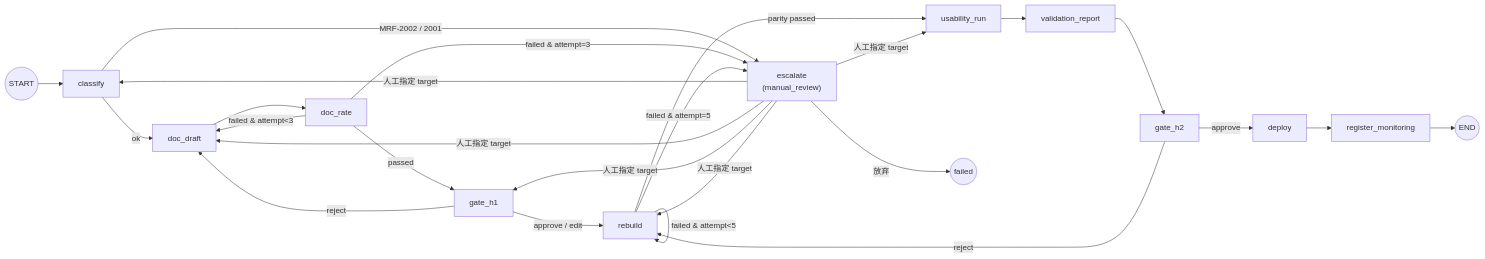
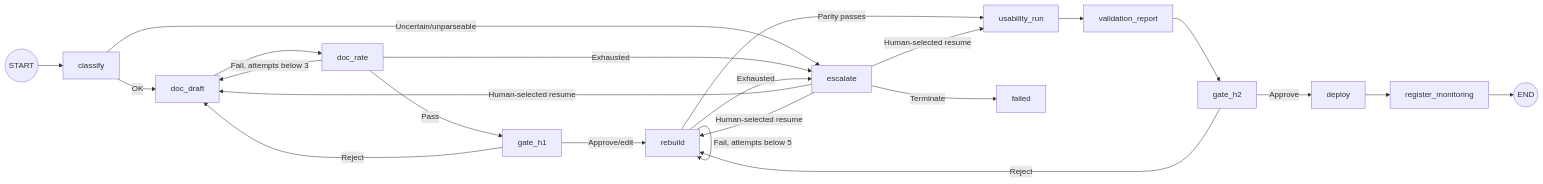
One commit to LuisWang709/EXL_JLWZ changed the second of 3 diagrams in docs/design/A1_orchestrator_api_design.md. Above: the diagram before and after it, drawn with Mermaid. The commit also changed other lines of this file and 31 other files, not shown here.

````diff
--- a/docs/design/A1_orchestrator_api_design.md
+++ b/docs/design/A1_orchestrator_api_design.md
@@ -78,20 +68,20 @@
 ```mermaid
 flowchart LR
     S((START)) --> classify
-    classify -->|ok| doc_draft
-    classify -->|MRF-2002 / 2001| escalate
+    classify -->|OK| doc_draft
+    classify -->|Uncertain/unparseable| escalate
     doc_draft --> doc_rate
-    doc_rate -->|passed| gate_h1
-    doc_rate -->|failed & attempt<3| doc_draft
-    doc_rate -->|failed & attempt=3| escalate
-    gate_h1 -->|approve / edit| rebuild
-    gate_h1 -->|reject| doc_draft
-    rebuild -->|parity passed| usability_run
-    rebuild -->|failed & attempt<5| rebuild
-    rebuild -->|failed & attempt=5| escalate
+    doc_rate -->|Pass| gate_h1
+    doc_rate -->|Fail, attempts below 3| doc_draft
+    doc_rate -->|Exhausted| escalate
+    gate_h1 -->|Approve/edit| rebuild
+    gate_h1 -->|Reject| doc_draft
+    rebuild -->|Parity passes| usability_run
+    rebuild -->|Fail, attempts below 5| rebuild
+    rebuild -->|Exhausted| escalate
     usability_run --> validation_report --> gate_h2
-    gate_h2 -->|approve| deploy --> register_monitoring --> E((END))
-    gate_h2 -->|reject| rebuild
-    escalate["escalate<br/>(manual_review)"] -->|人工指定 target| classify & doc_draft & gate_h1 & rebuild & usability_run
-    escalate -->|放弃| F((failed))
+    gate_h2 -->|Approve| deploy --> register_monitoring --> E((END))
+    gate_h2 -->|Reject| rebuild
+    escalate -->|Human-selected resume| doc_draft & rebuild & usability_run
+    escalate -->|Terminate| failed
 ```
````
